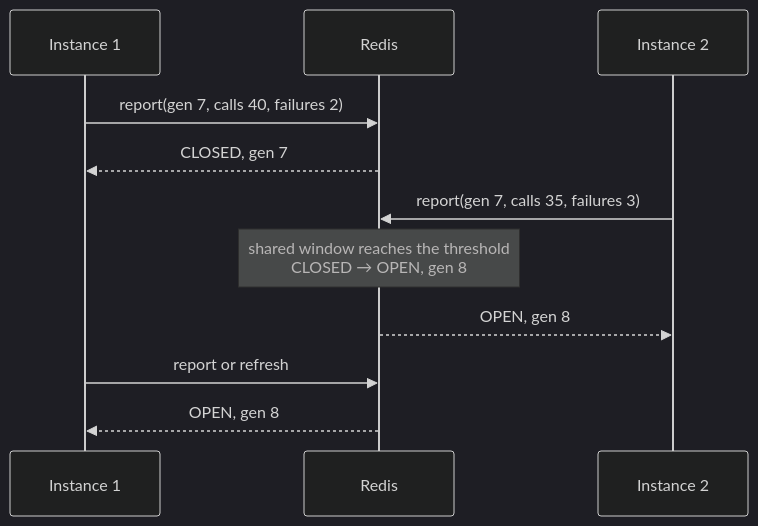
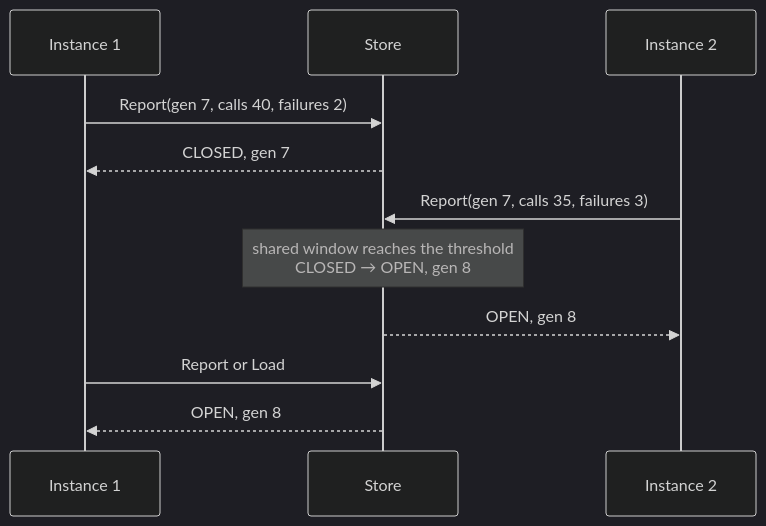
One commit to faultvane/faultvane-go changed the third of 4 diagrams in docs/architecture.md. Above: the diagram before and after it, drawn with Mermaid (dark theme). The commit also changed other lines of this file and 20 other files, not shown here.

````diff
--- a/docs/architecture.md
+++ b/docs/architecture.md
@@ -96,13 +102,13 @@
 ```mermaid
 sequenceDiagram
     participant I1 as Instance 1
-    participant R as Redis
+    participant R as Store
     participant I2 as Instance 2
-    I1->>R: report(gen 7, calls 40, failures 2)
+    I1->>R: Report(gen 7, calls 40, failures 2)
     R-->>I1: CLOSED, gen 7
-    I2->>R: report(gen 7, calls 35, failures 3)
+    I2->>R: Report(gen 7, calls 35, failures 3)
     Note over R: shared window reaches the threshold<br/>CLOSED → OPEN, gen 8
     R-->>I2: OPEN, gen 8
-    I1->>R: report or refresh
+    I1->>R: Report or Load
     R-->>I1: OPEN, gen 8
 ```
````
